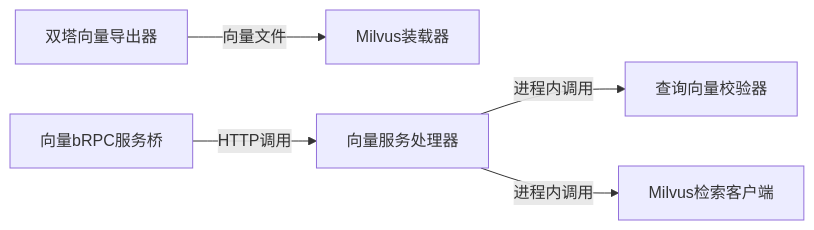
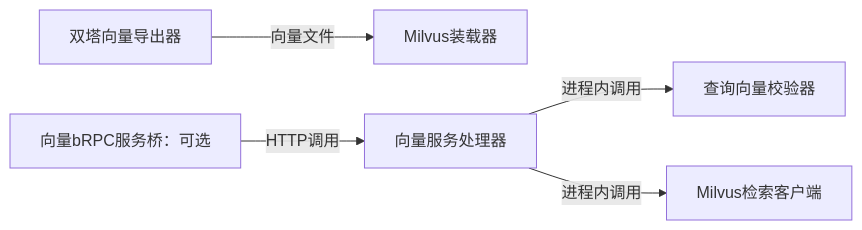
One commit to bitianyuan123/docs changed the second of 15 diagrams in 07_other_services.md. Above: the diagram before and after it, drawn with Mermaid. The commit also changed other lines of this file and 85 other files, not shown here.

````diff
--- a/07_other_services.md
+++ b/07_other_services.md
@@ -42,7 +44,7 @@
 ```mermaid
 flowchart LR
     A[双塔向量导出器] -->|向量文件| B[Milvus装载器]
     C[向量服务处理器] -->|进程内调用| D[查询向量校验器]
     C -->|进程内调用| E[Milvus检索客户端]
-    F[向量bRPC服务桥] -->|HTTP调用| C
+    F[向量bRPC服务桥：可选] -->|HTTP调用| C
 ```
````
